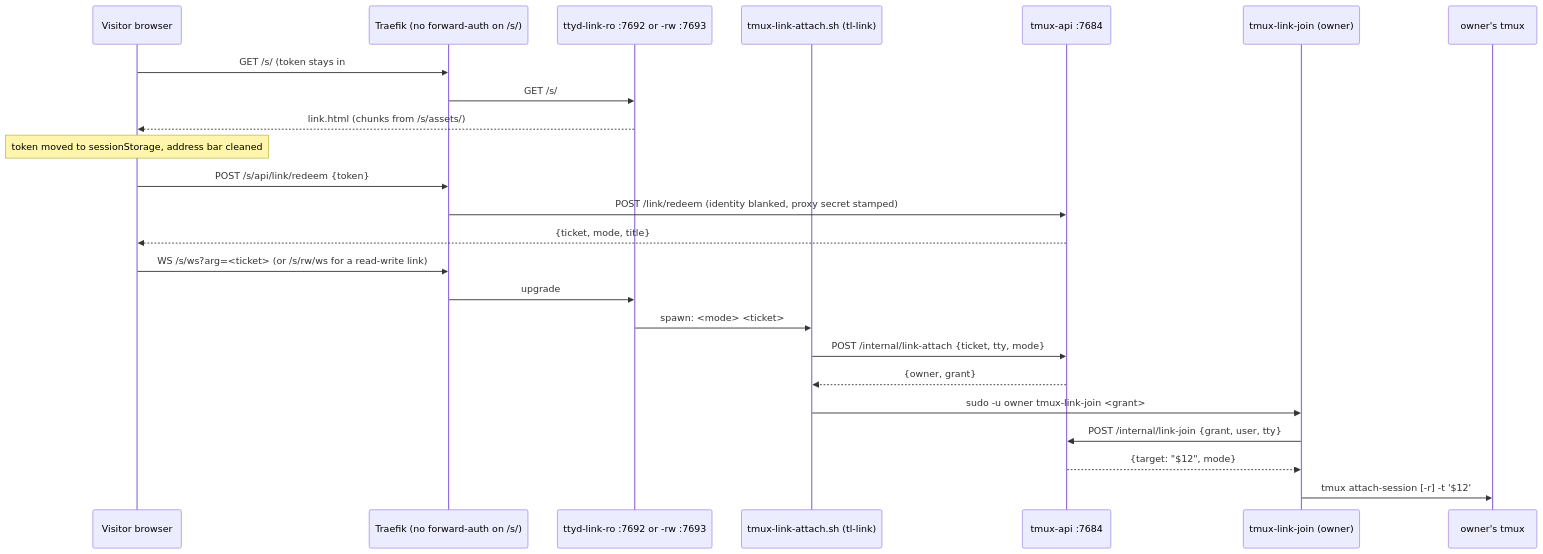
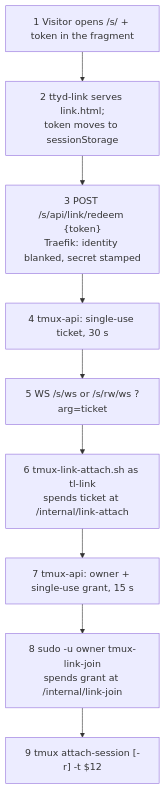
Before and after one commit to ViktorBarzin/terminal-lobby: the diagram in docs/plans/2026-10-06-public-links-design.md, drawn with Mermaid. The commit also changed other lines of this file and 6 other files, not shown here.

````diff
--- a/docs/plans/2026-10-06-public-links-design.md
+++ b/docs/plans/2026-10-06-public-links-design.md
@@ -52,27 +52,11 @@
 ```mermaid
-sequenceDiagram
-  participant V as Visitor browser
-  participant T as Traefik (no forward-auth on /s/)
-  participant L as ttyd-link-ro :7692 or -rw :7693
-  participant S as tmux-link-attach.sh (tl-link)
-  participant A as tmux-api :7684
-  participant J as tmux-link-join (owner)
-  participant X as owner's tmux
-
-  V->>T: GET /s/  (token stays in #fragment)
-  T->>L: GET /s/
-  L-->>V: link.html (chunks from /s/assets/)
-  Note over V: token moved to sessionStorage, address bar cleaned
-  V->>T: POST /s/api/link/redeem {token}
-  T->>A: POST /link/redeem (identity blanked, proxy secret stamped)
-  A-->>V: {ticket, mode, title}
-  V->>T: WS /s/ws?arg=<ticket>  (or /s/rw/ws for a read-write link)
-  T->>L: upgrade
-  L->>S: spawn: <mode> <ticket>
-  S->>A: POST /internal/link-attach {ticket, tty, mode}
-  A-->>S: {owner, grant}
-  S->>J: sudo -u owner tmux-link-join <grant>
-  J->>A: POST /internal/link-join {grant, user, tty}
-  A-->>J: {target: "$12", mode}
-  J->>X: tmux attach-session [-r] -t '$12'
+flowchart TD
+  open["1 Visitor opens /s/ + token in the fragment"] --> page["2 ttyd-link serves link.html;<br/>token moves to sessionStorage"]
+  page --> redeem["3 POST /s/api/link/redeem {token}<br/>Traefik: identity blanked, secret stamped"]
+  redeem --> ticket["4 tmux-api: single-use ticket, 30 s"]
+  ticket --> ws["5 WS /s/ws or /s/rw/ws ?arg=ticket"]
+  ws --> attach["6 tmux-link-attach.sh as tl-link<br/>spends ticket at /internal/link-attach"]
+  attach --> grant["7 tmux-api: owner + single-use grant, 15 s"]
+  grant --> join["8 sudo -u owner tmux-link-join<br/>spends grant at /internal/link-join"]
+  join --> tmux["9 tmux attach-session [-r] -t $12"]
 ```
````
